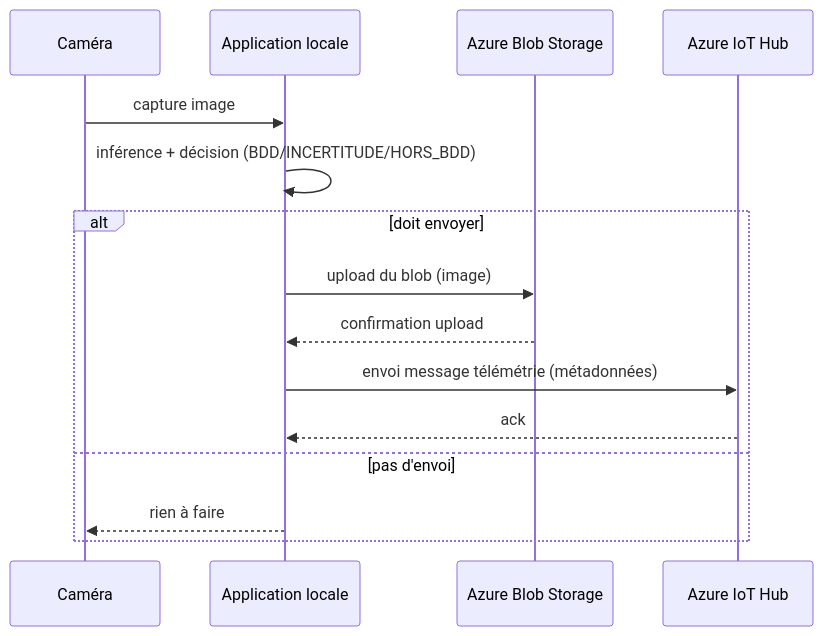
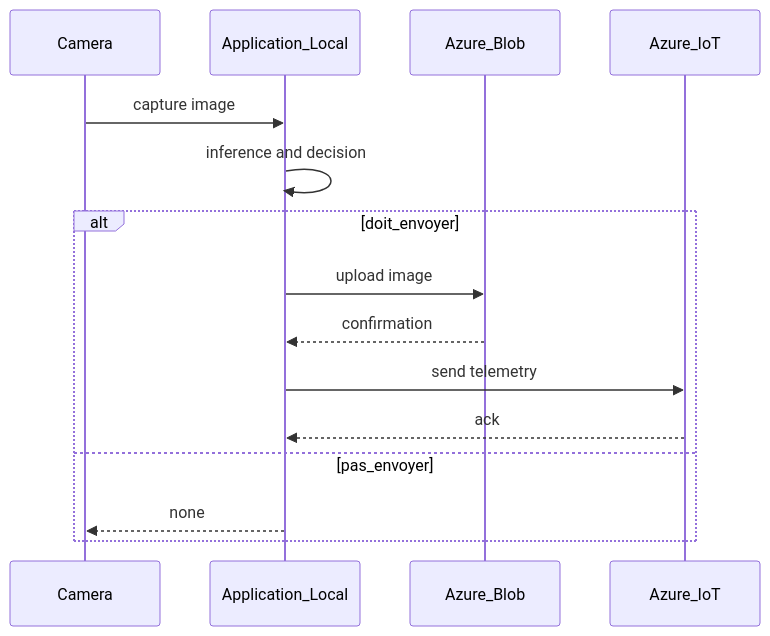
Before and after one commit to Yannickthomas0602/Yolo_projet_etude: the second of 3 diagrams in EXPLICATION_PRINCIPES.md, drawn with Mermaid. The commit also changed other lines of this file, not shown here.

````diff
--- a/EXPLICATION_PRINCIPES.md
+++ b/EXPLICATION_PRINCIPES.md
@@ -191,18 +191,18 @@
 ```mermaid
 sequenceDiagram
-  participant Cam as Caméra
-  participant App as Application locale
-  participant Blob as Azure Blob Storage
-  participant IoT as Azure IoT Hub
+  participant Cam as Camera
+  participant App as Application_Local
+  participant Blob as Azure_Blob
+  participant IoT as Azure_IoT
 
   Cam->>App: capture image
-  App->>App: inférence + décision (BDD/INCERTITUDE/HORS_BDD)
-  alt doit envoyer
-    App->>Blob: upload du blob (image)
-    Blob-->>App: confirmation upload
-    App->>IoT: envoi message télémétrie (métadonnées)
+  App->>App: inference and decision
+  alt doit_envoyer
+    App->>Blob: upload image
+    Blob-->>App: confirmation
+    App->>IoT: send telemetry
     IoT-->>App: ack
-  else pas d'envoi
-    App-->>Cam: rien à faire
+  else pas_envoyer
+    App-->>Cam: none
   end
 ```
````
